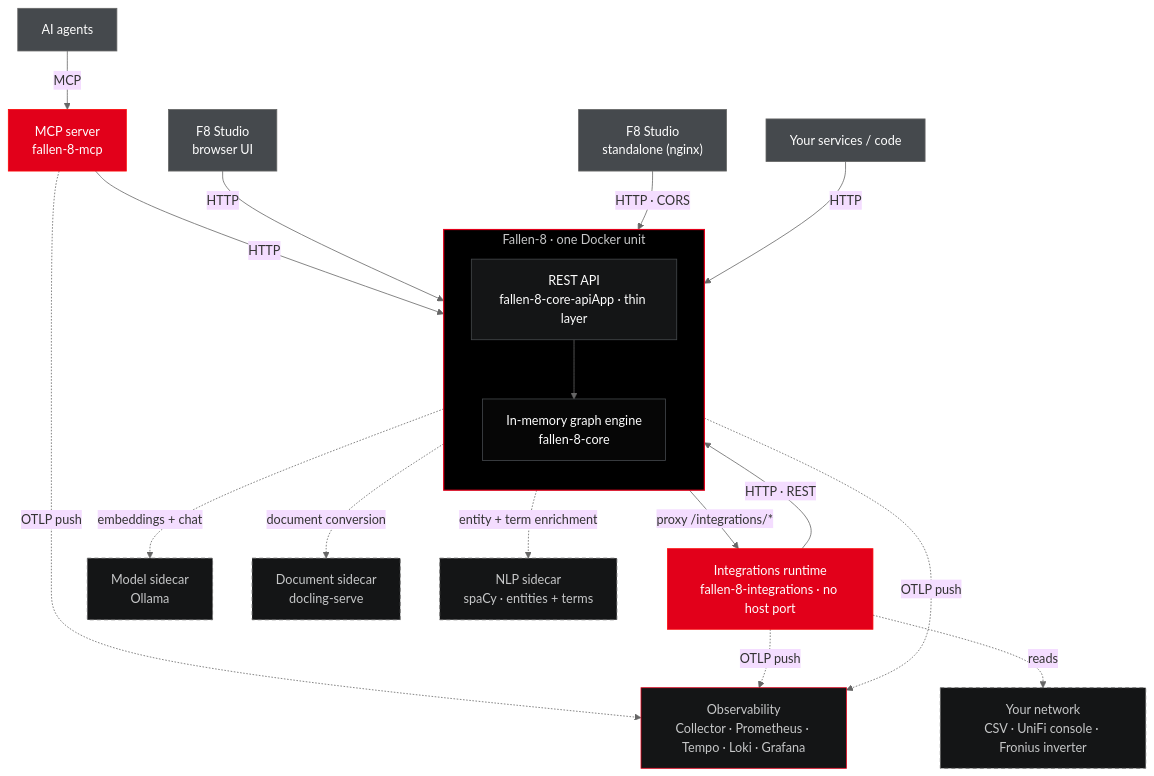
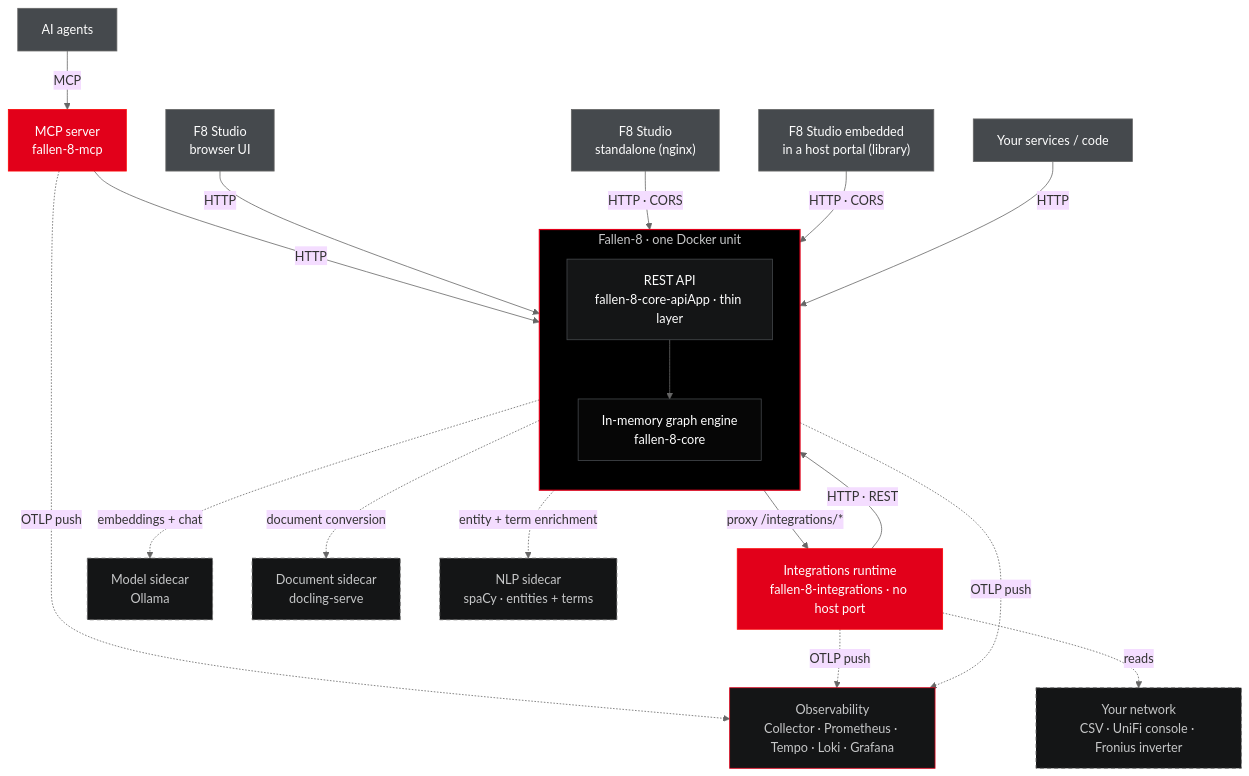
Before and after one commit to cosh/fallen-8-core: the diagram in README.md, drawn with Mermaid. The commit also changed other lines of this file and 37 other files, not shown here.

````diff
--- a/README.md
+++ b/README.md
@@ -106,47 +111,49 @@
 ```mermaid
 %%{init: {'theme':'base','themeVariables':{'fontFamily':'ui-monospace, SFMono-Regular, Menlo, Consolas, monospace','lineColor':'#666666'}}}%%
 flowchart TB
     agents["AI agents"]:::client
     studio["F8 Studio<br/>browser UI"]:::client
     uistandalone["F8 Studio<br/>standalone (nginx)"]:::client
+    hostembed["F8 Studio embedded<br/>in a host portal (library)"]:::client
     services["Your services / code"]:::client
 
     mcp["MCP server<br/>fallen-8-mcp"]:::mcp
     integrations["Integrations runtime<br/>fallen-8-integrations · no host port"]:::mcp
 
     subgraph unit["Fallen-8 · one Docker unit"]
         direction TB
         rest["REST API<br/>fallen-8-core-apiApp · thin layer"]:::api
         engine["In-memory graph engine<br/>fallen-8-core"]:::engine
         rest --> engine
     end
 
     sidecar["Model sidecar<br/>Ollama"]:::ext
     docling["Document sidecar<br/>docling-serve"]:::ext
     nlp["NLP sidecar<br/>spaCy · entities + terms"]:::ext
     sources["Your network<br/>CSV · UniFi console · Fronius inverter"]:::ext
     obs["Observability<br/>Collector · Prometheus · Tempo · Loki · Grafana"]:::obs
 
     agents -->|MCP| mcp
     mcp -->|HTTP| rest
     studio -->|HTTP| rest
     uistandalone -->|HTTP · CORS| rest
+    hostembed -->|HTTP · CORS| rest
     services -->|HTTP| rest
     rest -.->|embeddings + chat| sidecar
     rest -.->|document conversion| docling
     rest -.->|entity + term enrichment| nlp
     rest -.->|OTLP push| obs
     mcp -.->|OTLP push| obs
     rest -->|proxy /integrations/*| integrations
     integrations -->|HTTP · REST| rest
     integrations -.->|reads| sources
     integrations -.->|OTLP push| obs
 
     classDef client fill:#45494D,stroke:#666666,color:#FEFEFE
     classDef mcp fill:#E2001A,stroke:#FC0606,color:#FEFEFE
     classDef api fill:#141516,stroke:#45494D,color:#FEFEFE
     classDef engine fill:#060606,stroke:#45494D,color:#FEFEFE
     classDef ext fill:#141516,stroke:#666666,color:#C6C7C8,stroke-dasharray:5 4
     classDef obs fill:#141516,stroke:#E2001A,color:#C6C7C8
     style unit fill:#000000,stroke:#E2001A,stroke-width:1.5px,color:#C6C7C8
 ```
````
